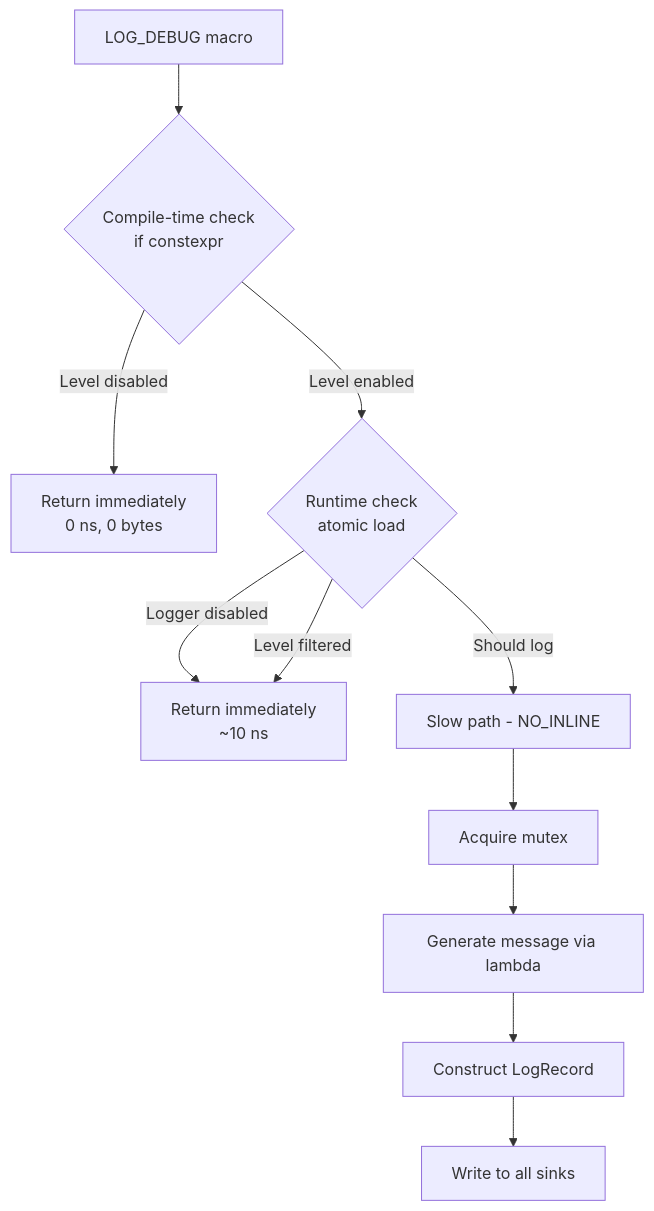
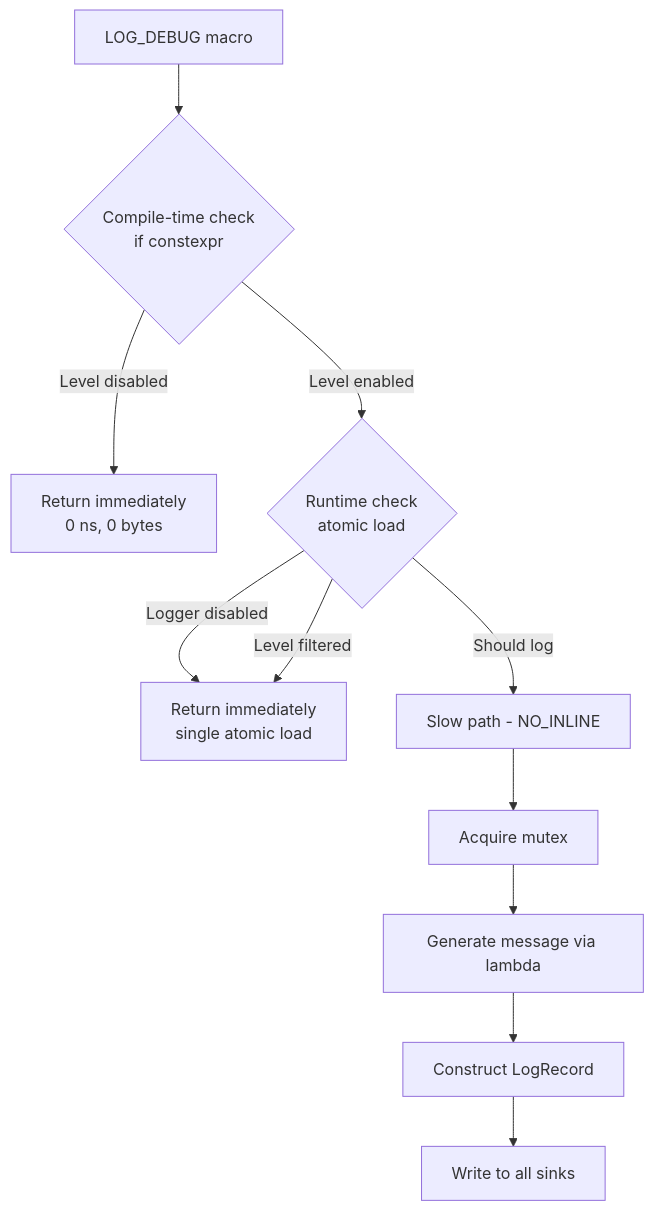
The second of 5 diagrams in components/DiagnosticLogger/docs/DiagnosticLogger_User_Manual.md (schroedermatthew/FatP), drawn with Mermaid before and after one commit. The commit also changed other lines of this file and 40 other files, not shown here.

````diff
--- a/components/DiagnosticLogger/docs/DiagnosticLogger_User_Manual.md
+++ b/components/DiagnosticLogger/docs/DiagnosticLogger_User_Manual.md
@@ -160,13 +160,13 @@
 ```mermaid
 flowchart TD
     A[LOG_DEBUG macro] --> B{Compile-time check<br/>if constexpr}
     B -->|Level disabled| C[Return immediately<br/>0 ns, 0 bytes]
     B -->|Level enabled| D{Runtime check<br/>atomic load}
-    D -->|Logger disabled| E[Return immediately<br/>~10 ns]
+    D -->|Logger disabled| E[Return immediately<br/>single atomic load]
     D -->|Level filtered| E
     D -->|Should log| F[Slow path - NO_INLINE]
     F --> G[Acquire mutex]
     G --> H[Generate message via lambda]
     H --> I[Construct LogRecord]
     I --> J[Write to all sinks]
 ```
````
